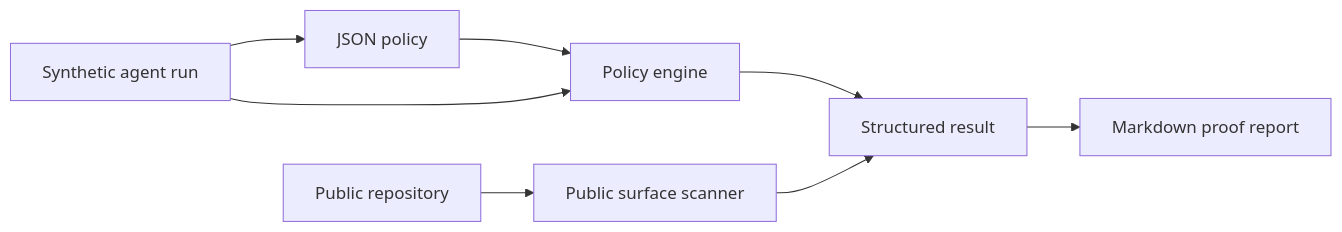
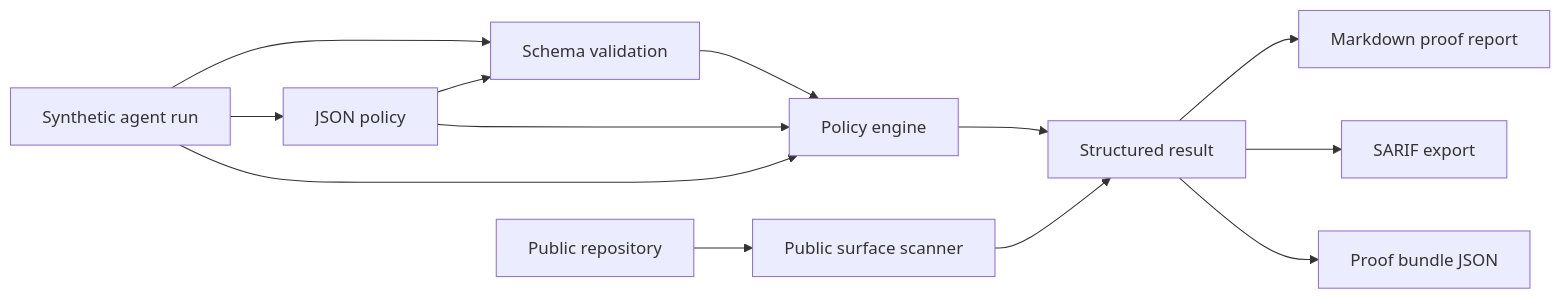
The diagram in docs/architecture.md (guillaumevele/agent-proof-kit), drawn with Mermaid before and after one commit. The commit also changed other lines of this file and 44 other files, not shown here.

````diff
--- a/docs/architecture.md
+++ b/docs/architecture.md
@@ -5,10 +5,15 @@
 ```mermaid
 flowchart LR
   Fixture[Synthetic agent run] --> Policy[JSON policy]
-  Policy --> Engine[Policy engine]
+  Fixture --> Schema[Schema validation]
+  Policy --> Schema
+  Schema --> Engine[Policy engine]
+  Policy --> Engine
   Fixture --> Engine
   Engine --> Result[Structured result]
   Result --> Report[Markdown proof report]
+  Result --> Sarif[SARIF export]
+  Result --> Bundle[Proof bundle JSON]
   Repo[Public repository] --> Scan[Public surface scanner]
   Scan --> Result
 ```
````
